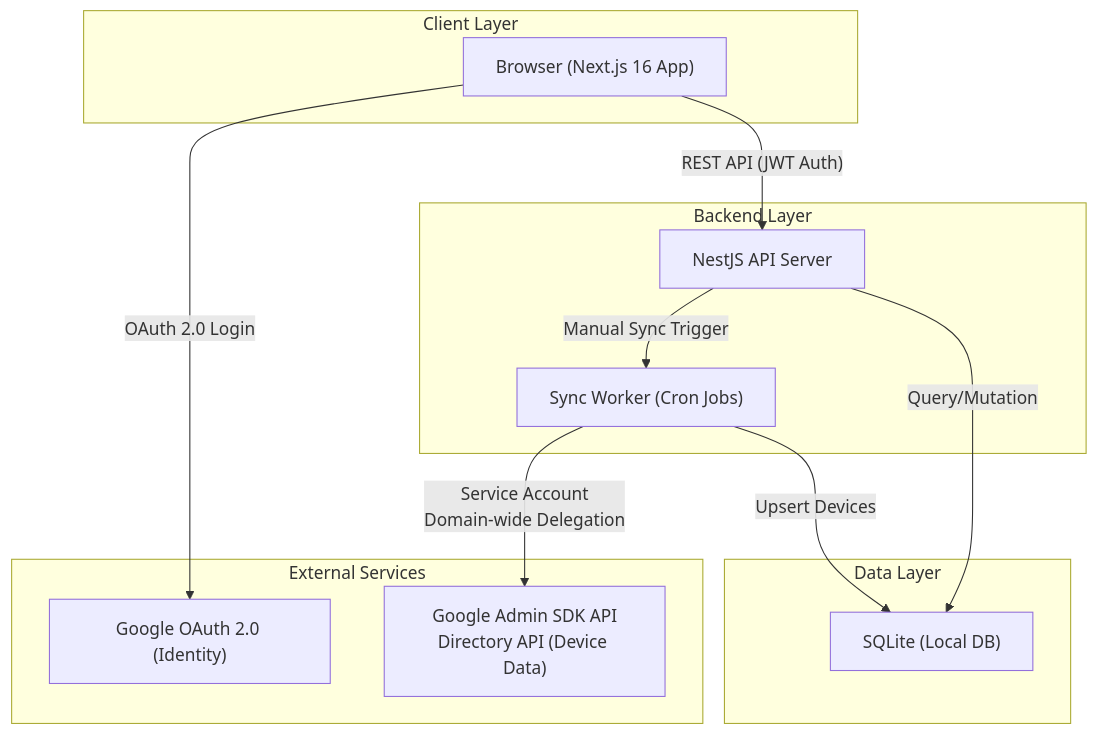
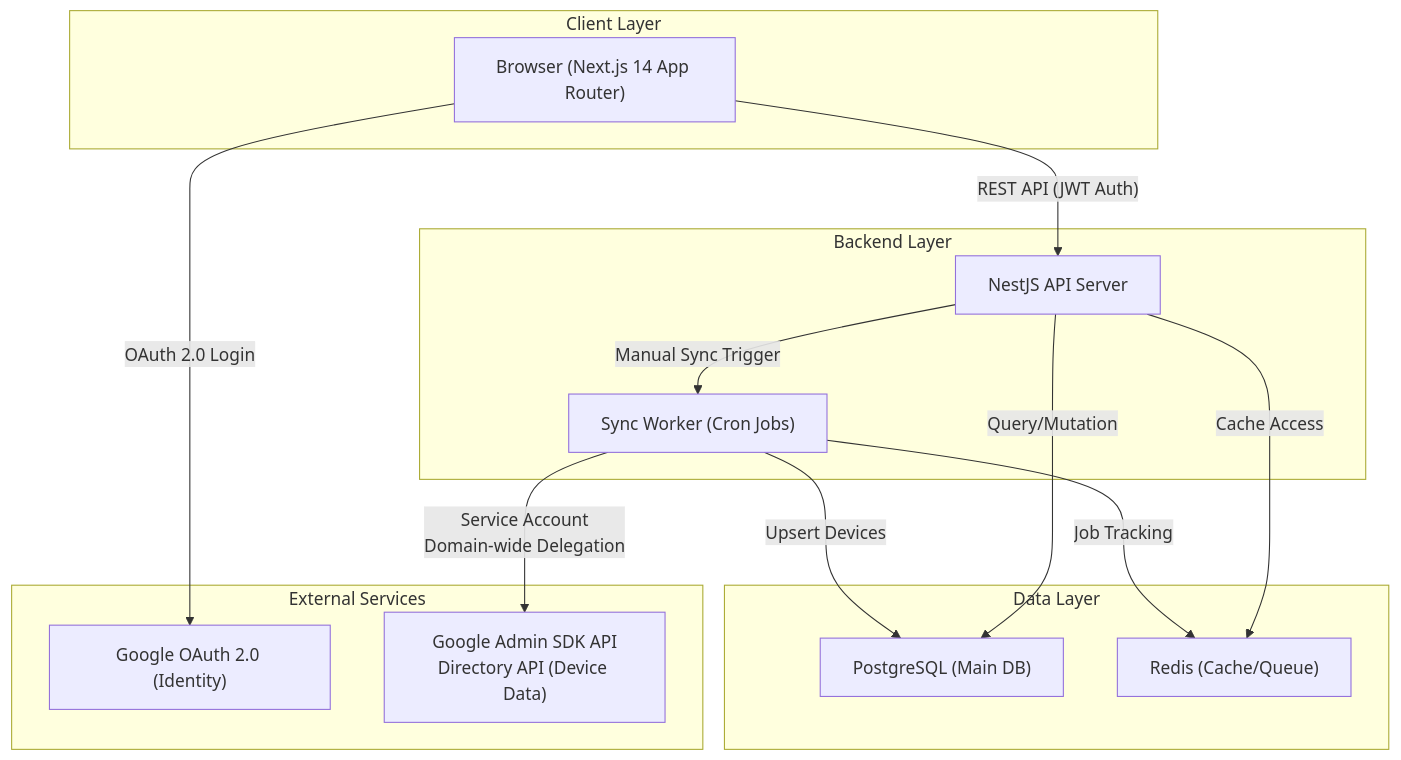
The first of 4 diagrams in README.md (jimanjang/it-asset-management), drawn with Mermaid before and after one commit. The commit also changed other lines of this file, not shown here.

Commit message:
docs: update README with technical specifications and architecture diagrams

````diff
--- a/README.md
+++ b/README.md
@@ -9,27 +9,30 @@
 ```mermaid
 graph TB
     subgraph "Client Layer"
-        A["Browser (Next.js 16 App)"]
+        A["Browser (Next.js 14 App Router)"]
     end
 
     subgraph "Backend Layer"
         B["NestJS API Server"]
         C["Sync Worker (Cron Jobs)"]
     end
 
     subgraph "External Services"
         D["Google OAuth 2.0 (Identity)"]
         E["Google Admin SDK API<br/>Directory API (Device Data)"]
     end
 
     subgraph "Data Layer"
-        F["SQLite (Local DB)"]
+        F["PostgreSQL (Main DB)"]
+        G["Redis (Cache/Queue)"]
     end
 
     A -->|"OAuth 2.0 Login"| D
     A -->|"REST API (JWT Auth)"| B
     B -->|"Query/Mutation"| F
+    B -->|"Cache Access"| G
     C -->|"Service Account<br/>Domain-wide Delegation"| E
     C -->|"Upsert Devices"| F
+    C -->|"Job Tracking"| G
     B -->|"Manual Sync Trigger"| C
 ```
````
